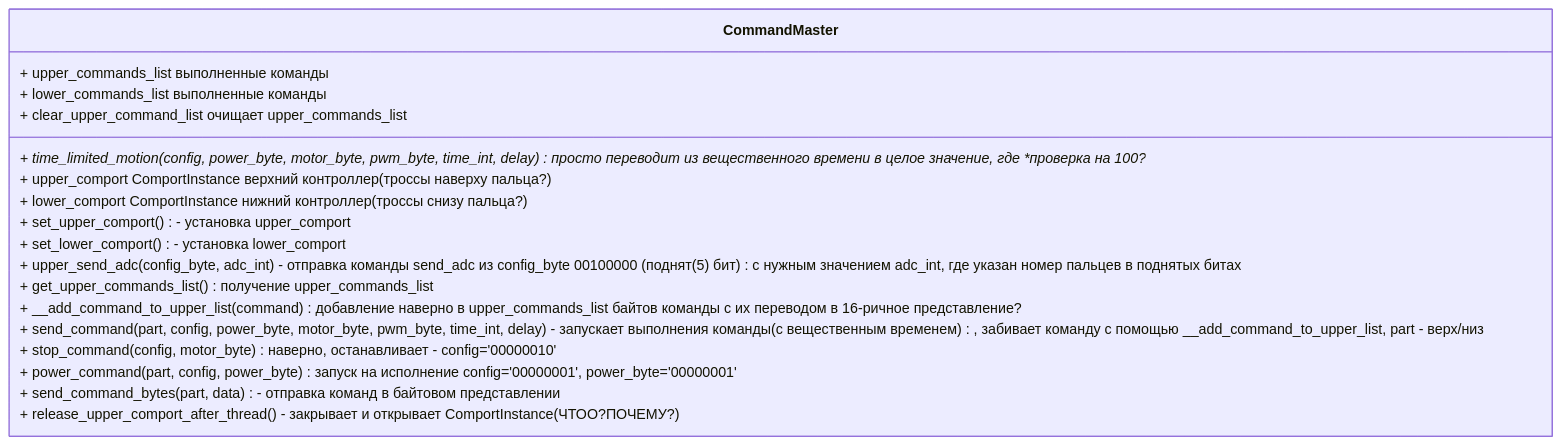
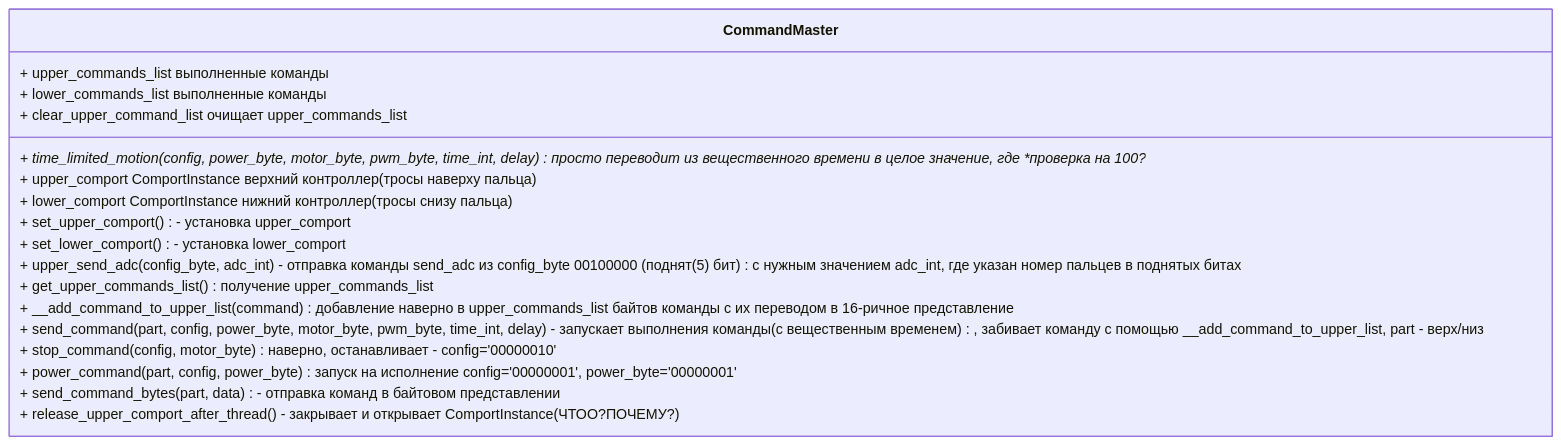
The second of 3 diagrams in README.md (kosteleyyv/wiki_cybermed), drawn with Mermaid before and after one commit. The commit also changed other lines of this file, not shown here.

````diff
--- a/README.md
+++ b/README.md
@@ -44,21 +53,21 @@
 ```mermaid
 classDiagram
 class CommandMaster{
    + time_limited_motion(config, power_byte, motor_byte, pwm_byte, time_int, delay) просто переводит из вещественного времени в целое значение, где **проверка на 100?**
-   + upper_comport ComportInstance верхний контроллер (троссы наверху пальца?)
-   + lower_comport ComportInstance нижний контроллер (троссы снизу пальца?)
+   + upper_comport ComportInstance верхний контроллер (тросы наверху пальца)
+   + lower_comport ComportInstance нижний контроллер (тросы снизу пальца)
    + upper_commands_list выполненные команды
    + lower_commands_list выполненные команды
    + set_upper_comport() - установка upper_comport
    + set_lower_comport() - установка lower_comport
    + upper_send_adc(config_byte, adc_int) - отправка команды send_adc из config_byte 00100000 (поднят (5) бит) с нужным значением adc_int, где указан номер пальцев в поднятых битах
    + get_upper_commands_list() получение upper_commands_list
-   + __add_command_to_upper_list (command) добавление наверно в upper_commands_list байтов команды с их переводом в 16-ричное представление?
+   + __add_command_to_upper_list (command) добавление наверно в upper_commands_list байтов команды с их переводом в 16-ричное представление
    + clear_upper_command_list очищает upper_commands_list
    + send_command(part, config, power_byte, motor_byte, pwm_byte, time_int, delay) - запускает выполнения команды (с вещественным временем), забивает команду с помощью __add_command_to_upper_list, part - верх/низ
    + stop_command(config, motor_byte) наверно, останавливает - config='00000010'
    + power_command(part, config, power_byte) запуск на исполнение config='00000001', power_byte='00000001'
    + send_command_bytes( part, data) - отправка команд в байтовом представлении
    + release_upper_comport_after_thread() - закрывает и открывает ComportInstance (ЧТОО?ПОЧЕМУ?)
 }
 ```
````
